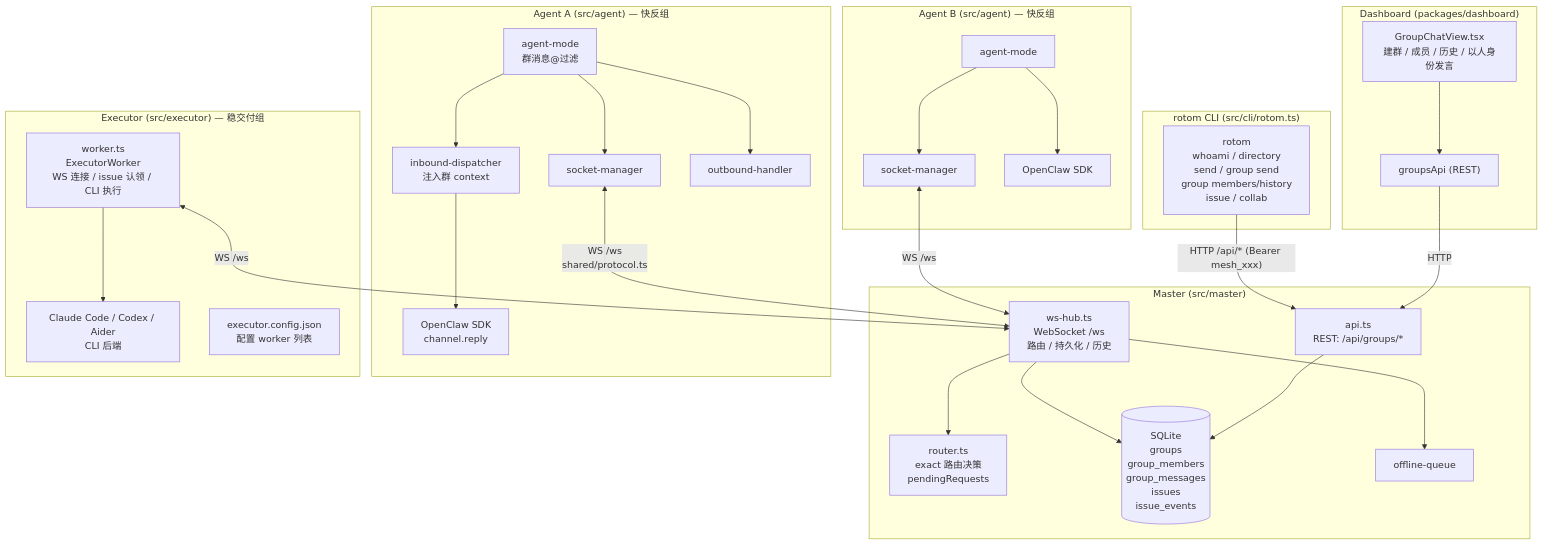
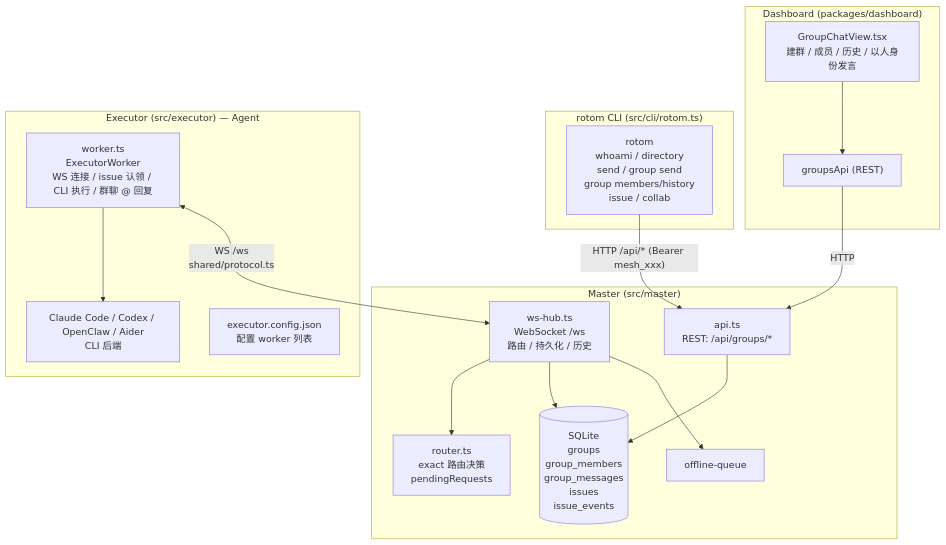
The first of 4 diagrams in docs/GROUP_CHAT_ARCHITECTURE.md (konglx90/rotom), drawn with Mermaid before and after one commit. The commit also changed other lines of this file and 44 other files, not shown here.

Commit message:
refactor: 重构文档与代码以统一 Agent 概念并移除 OpenClaw 插件相关逻辑

````diff
--- a/docs/GROUP_CHAT_ARCHITECTURE.md
+++ b/docs/GROUP_CHAT_ARCHITECTURE.md
@@ -127,58 +124,36 @@
 ```mermaid
 flowchart TB
   subgraph Dashboard["Dashboard (packages/dashboard)"]
     GCV["GroupChatView.tsx<br/>建群 / 成员 / 历史 / 以人身份发言"]
     GAPI["groupsApi (REST)"]
     GCV --> GAPI
   end
 
   subgraph Master["Master (src/master)"]
     API["api.ts<br/>REST: /api/groups/*"]
     HUB["ws-hub.ts<br/>WebSocket /ws<br/>路由 / 持久化 / 历史"]
     ROUTER["router.ts<br/>exact 路由决策<br/>pendingRequests"]
     DB[("SQLite<br/>groups<br/>group_members<br/>group_messages<br/>issues<br/>issue_events")]
     OQ["offline-queue"]
 
     API --> DB
     HUB --> ROUTER
     HUB --> DB
     HUB --> OQ
   end
 
-  subgraph AgentA["Agent A (src/agent) — 快反组"]
-    SMA["socket-manager"]
-    AMA["agent-mode<br/>群消息@过滤"]
-    DISA["inbound-dispatcher<br/>注入群 context"]
-    OUTA["outbound-handler"]
-    OCA["OpenClaw SDK<br/>channel.reply"]
-    AMA --> SMA
-    AMA --> DISA
-    AMA --> OUTA
-    DISA --> OCA
-  end
-
   subgraph CLI_["rotom CLI (src/cli/rotom.ts)"]
     ROT["rotom<br/>whoami / directory<br/>send / group send<br/>group members/history<br/>issue / collab"]
   end
 
-  subgraph AgentB["Agent B (src/agent) — 快反组"]
-    SMB["socket-manager"]
-    AMB["agent-mode"]
-    OCB["OpenClaw SDK"]
-    AMB --> SMB
-    AMB --> OCB
-  end
-
-  subgraph Executor["Executor (src/executor) — 稳交付组"]
-    EW["worker.ts<br/>ExecutorWorker<br/>WS 连接 / issue 认领 / CLI 执行"]
-    CLI["Claude Code / Codex / Aider<br/>CLI 后端"]
+  subgraph Executor["Executor (src/executor) — Agent"]
+    EW["worker.ts<br/>ExecutorWorker<br/>WS 连接 / issue 认领 / CLI 执行 / 群聊 @ 回复"]
+    CLI["Claude Code / Codex / OpenClaw / Aider<br/>CLI 后端"]
     ECFG["executor.config.json<br/>配置 worker 列表"]
     EW --> CLI
   end
 
   GAPI -- "HTTP" --> API
   ROT -- "HTTP /api/* (Bearer mesh_xxx)" --> API
-  SMA <-- "WS /ws<br/>shared/protocol.ts" --> HUB
-  SMB <-- "WS /ws" --> HUB
-  EW <-- "WS /ws" --> HUB
+  EW <-- "WS /ws<br/>shared/protocol.ts" --> HUB
 ```
````
